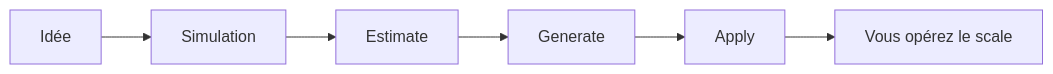
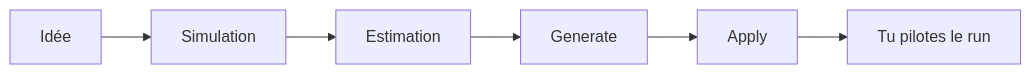
One commit to simondelamarre/bige-ops-releases changed the diagram in docs/perimetre.md. Above: the diagram before and after it, drawn with Mermaid. The commit also changed other lines of this file and 58 other files, not shown here.

````diff
--- a/docs/perimetre.md
+++ b/docs/perimetre.md
@@ -5,8 +5,8 @@
 ```mermaid
 flowchart LR
   A[Idée] --> B[Simulation]
-  B --> C[Estimate]
+  B --> C[Estimation]
   C --> D[Generate]
   D --> E[Apply]
-  E --> F[Vous opérez le scale]
+  E --> F[Tu pilotes le run]
 ```
````
